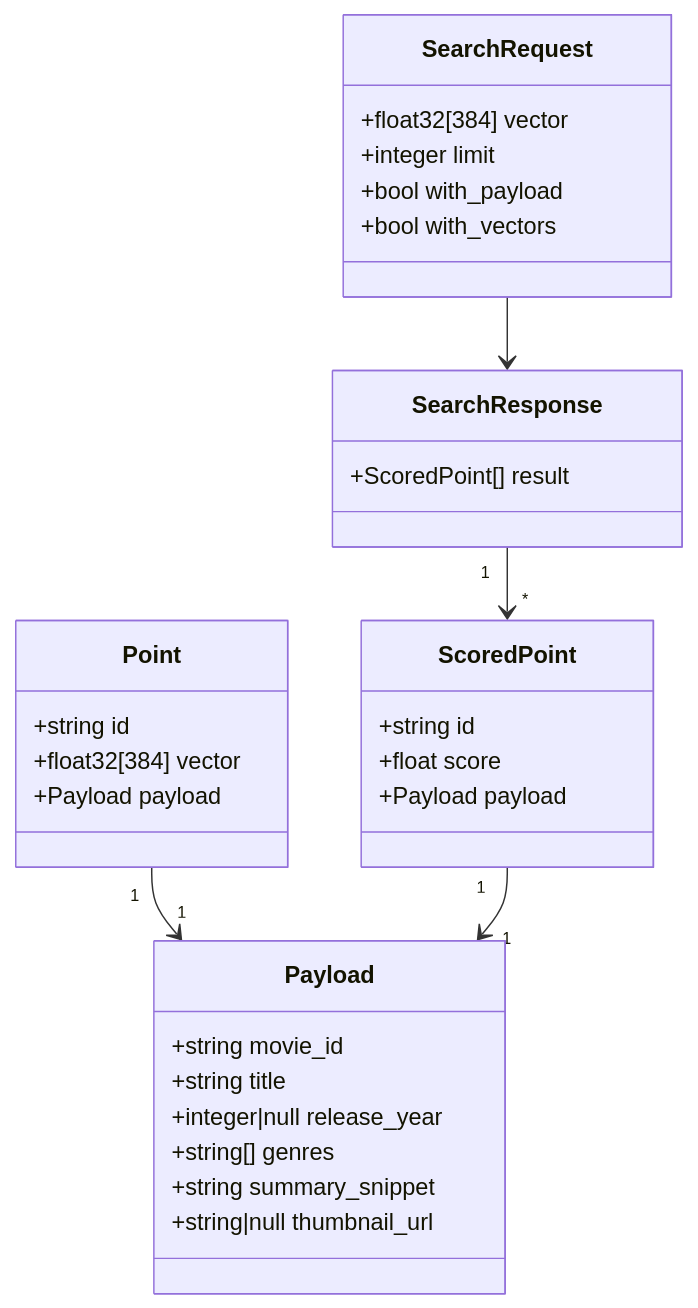
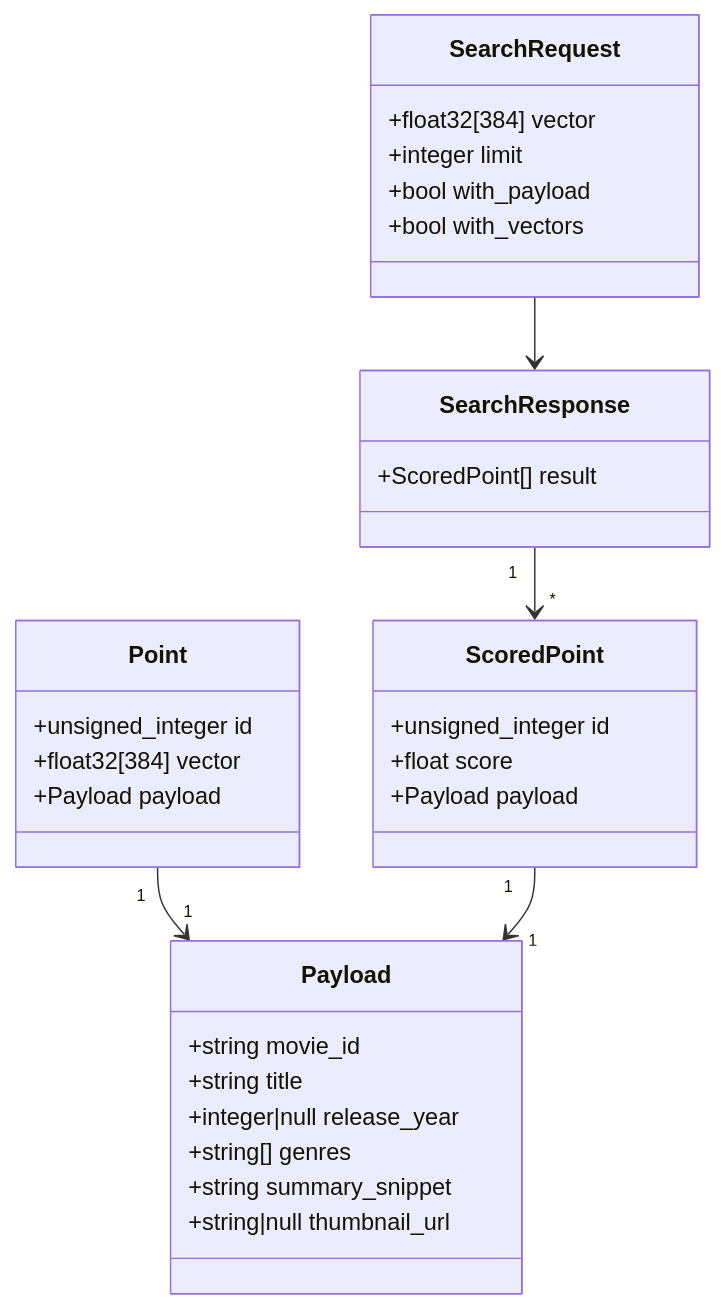
One commit to atefft/movie-semantic-search changed the diagram in docs/arch/qdrant.md. Above: the diagram before and after it, drawn with Mermaid. The commit also changed other lines of this file and 91 other files, not shown here.

````diff
--- a/docs/arch/qdrant.md
+++ b/docs/arch/qdrant.md
@@ -5,39 +5,39 @@
 ```mermaid
 classDiagram
   class Point {
-    +string id
+    +unsigned_integer id
     +float32[384] vector
     +Payload payload
   }
 
   class Payload {
     +string movie_id
     +string title
     +integer|null release_year
     +string[] genres
     +string summary_snippet
     +string|null thumbnail_url
   }
 
   class SearchRequest {
     +float32[384] vector
     +integer limit
     +bool with_payload
     +bool with_vectors
   }
 
   class SearchResponse {
     +ScoredPoint[] result
   }
 
   class ScoredPoint {
-    +string id
+    +unsigned_integer id
     +float score
     +Payload payload
   }
 
   Point "1" --> "1" Payload
   SearchRequest --> SearchResponse
   SearchResponse "1" --> "*" ScoredPoint
   ScoredPoint "1" --> "1" Payload
 ```
````
